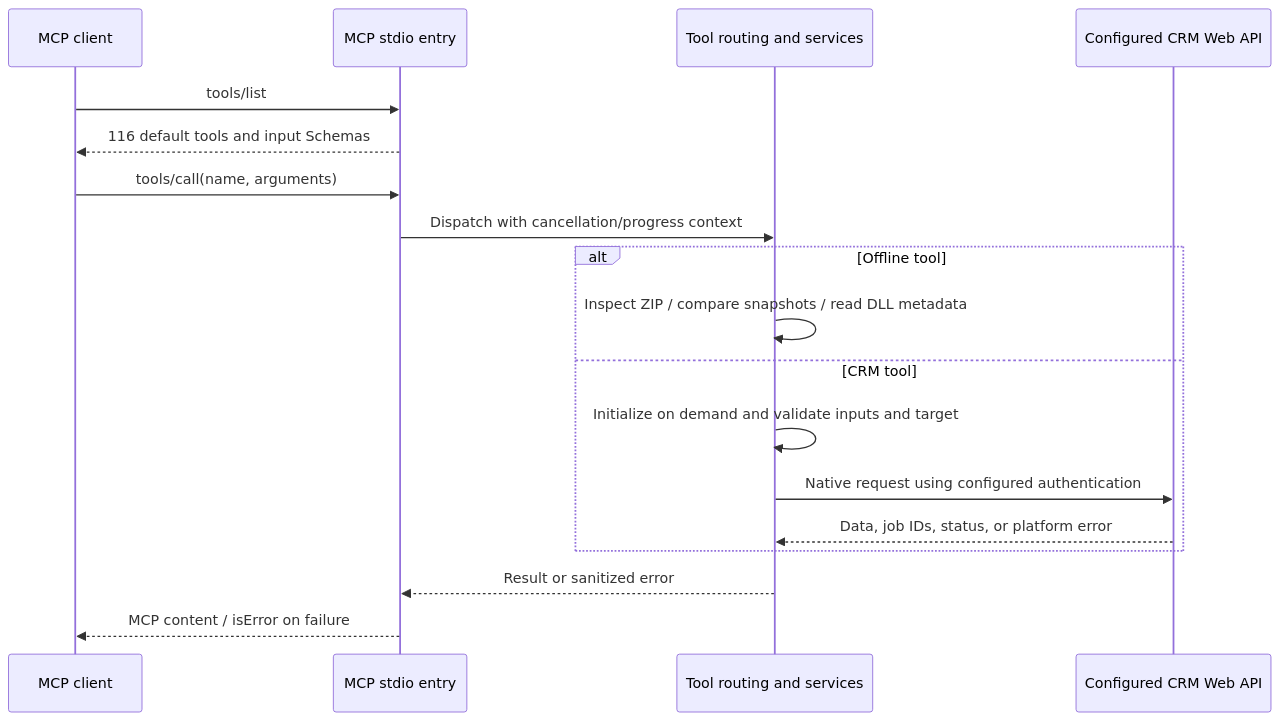
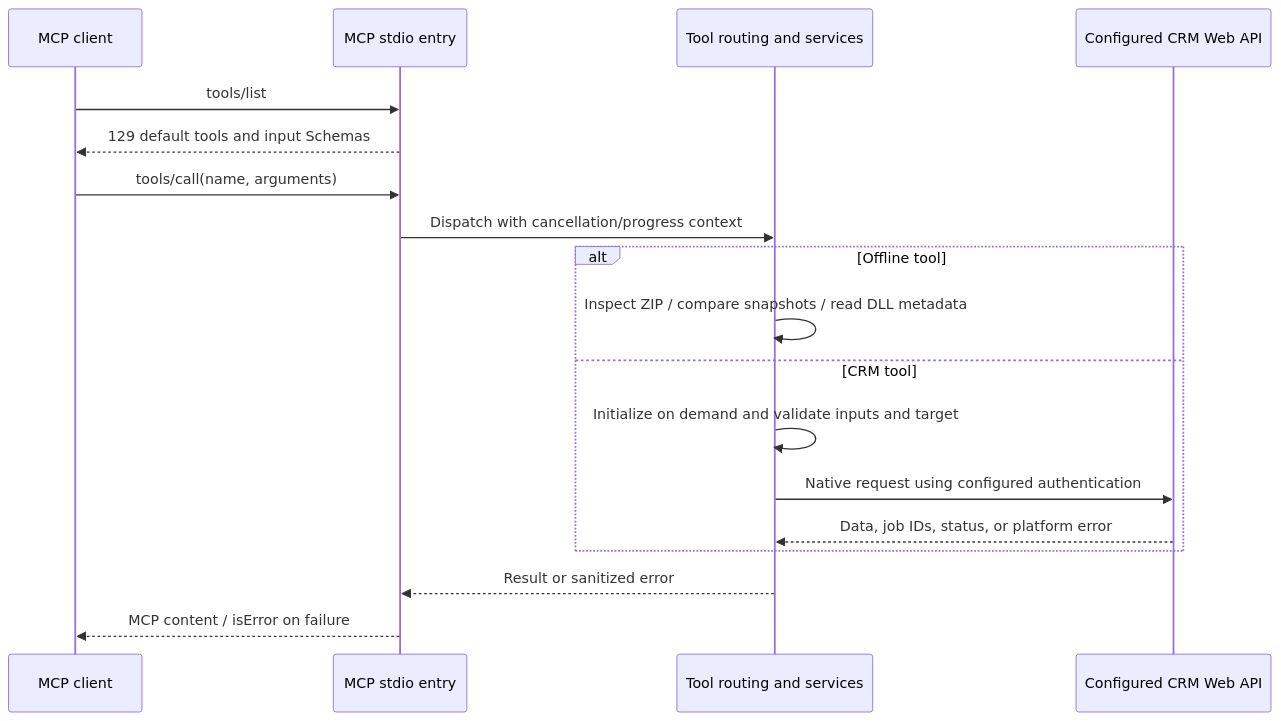
One commit to Kenny-666/Dynamics365-mcp-server changed the second of 5 diagrams in README.md. Above: the diagram before and after it, drawn with Mermaid. The commit also changed other lines of this file and 44 other files, not shown here.

Commit message:
release: v1.2.0 form comparison and cloud flows

````diff
--- a/README.md
+++ b/README.md
@@ -126,20 +130,20 @@
 ```mermaid
 sequenceDiagram
     participant C as MCP client
     participant M as MCP stdio entry
     participant R as Tool routing and services
     participant A as Configured CRM Web API
     C->>M: tools/list
-    M-->>C: 116 default tools and input Schemas
+    M-->>C: 129 default tools and input Schemas
     C->>M: tools/call(name, arguments)
     M->>R: Dispatch with cancellation/progress context
     alt Offline tool
         R->>R: Inspect ZIP / compare snapshots / read DLL metadata
     else CRM tool
         R->>R: Initialize on demand and validate inputs and target
         R->>A: Native request using configured authentication
         A-->>R: Data, job IDs, status, or platform error
     end
     R-->>M: Result or sanitized error
     M-->>C: MCP content / isError on failure
 ```
````
